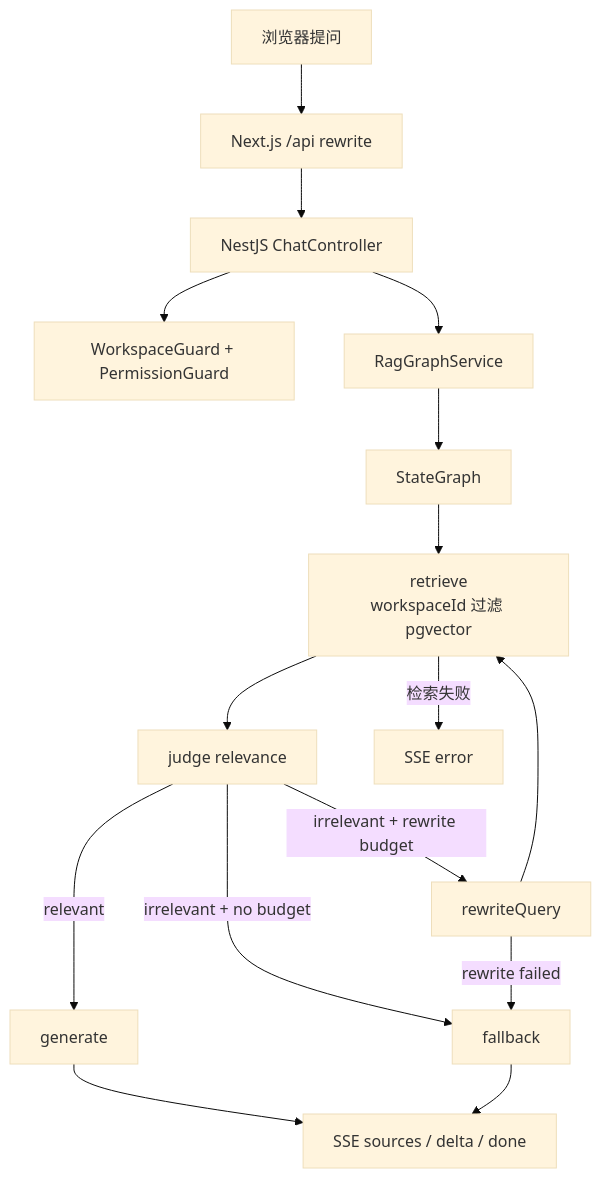
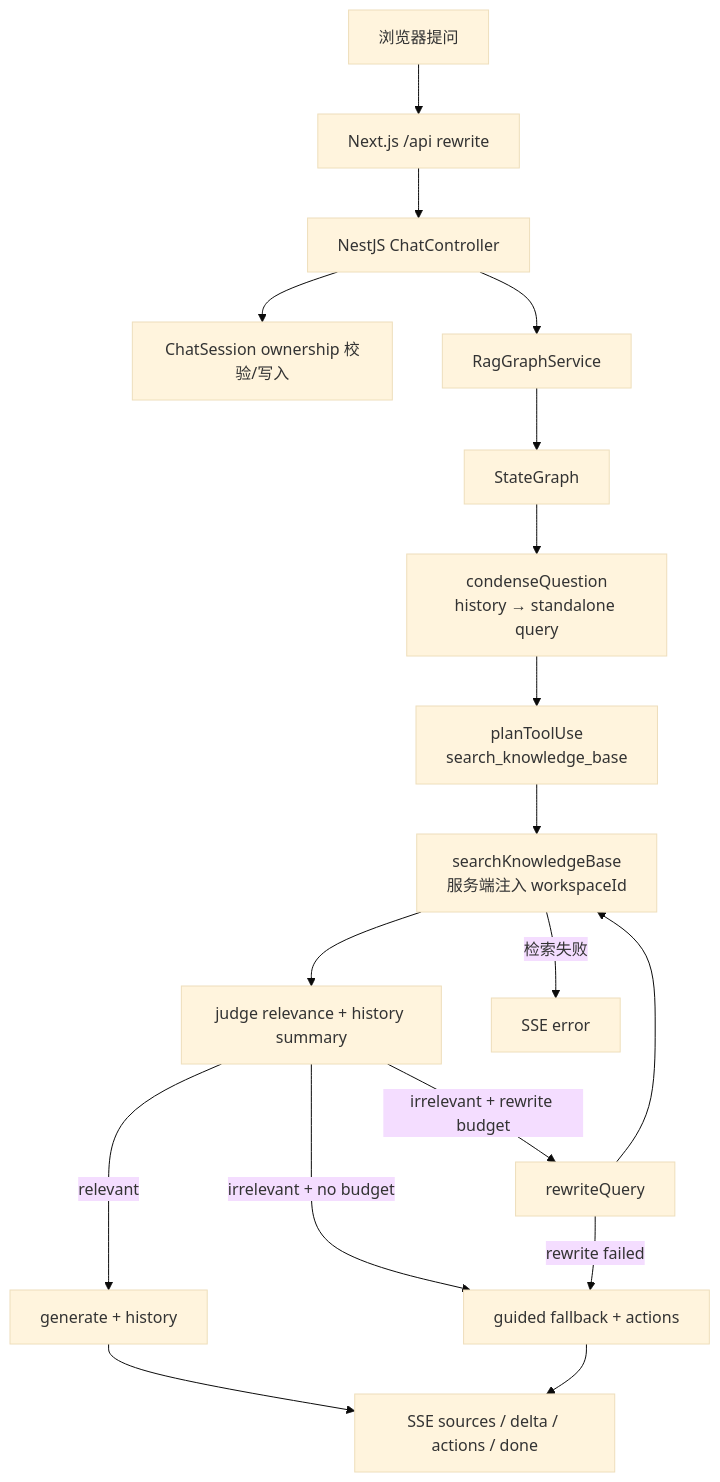
Before and after one commit to KeXiongpeng/CloudStore: the third of 6 diagrams in docs/ARCHITECTURE.md, drawn with Mermaid (base theme). The commit also changed other lines of this file and 43 other files, not shown here.

````diff
--- a/docs/ARCHITECTURE.md
+++ b/docs/ARCHITECTURE.md
@@ -105,20 +105,22 @@
 ```mermaid
 flowchart TB
   B[浏览器提问] --> N[Next.js /api rewrite]
   N --> C[NestJS ChatController]
-  C --> G[WorkspaceGuard + PermissionGuard]
+  C --> O[ChatSession ownership 校验/写入]
   C --> R[RagGraphService]
   R --> S[StateGraph]
 
-  S --> RET[retrieve<br/>workspaceId 过滤 pgvector]
-  RET --> J[judge relevance]
-  J -->|relevant| GEN[generate]
+  S --> CO[condenseQuestion<br/>history → standalone query]
+  CO --> P[planToolUse<br/>search_knowledge_base]
+  P --> RET[searchKnowledgeBase<br/>服务端注入 workspaceId]
+  RET --> J[judge relevance + history summary]
+  J -->|relevant| GEN[generate + history]
   J -->|irrelevant + rewrite budget| RW[rewriteQuery]
   RW --> RET
-  J -->|irrelevant + no budget| FB[fallback]
+  J -->|irrelevant + no budget| FB[guided fallback + actions]
   RW -->|rewrite failed| FB
 
-  GEN --> SSE[SSE sources / delta / done]
+  GEN --> SSE[SSE sources / delta / actions / done]
   FB --> SSE
   RET -->|检索失败| ERR[SSE error]
 ```
````
